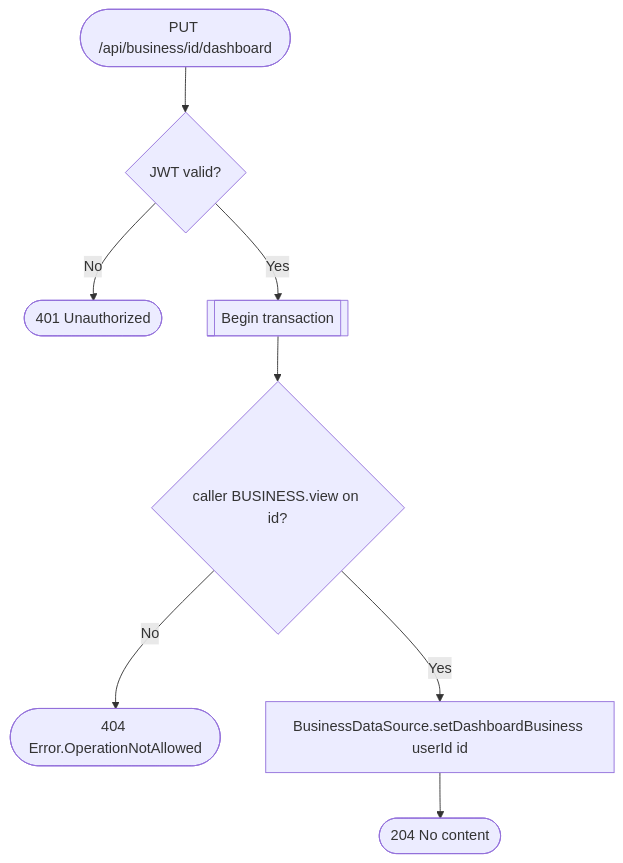
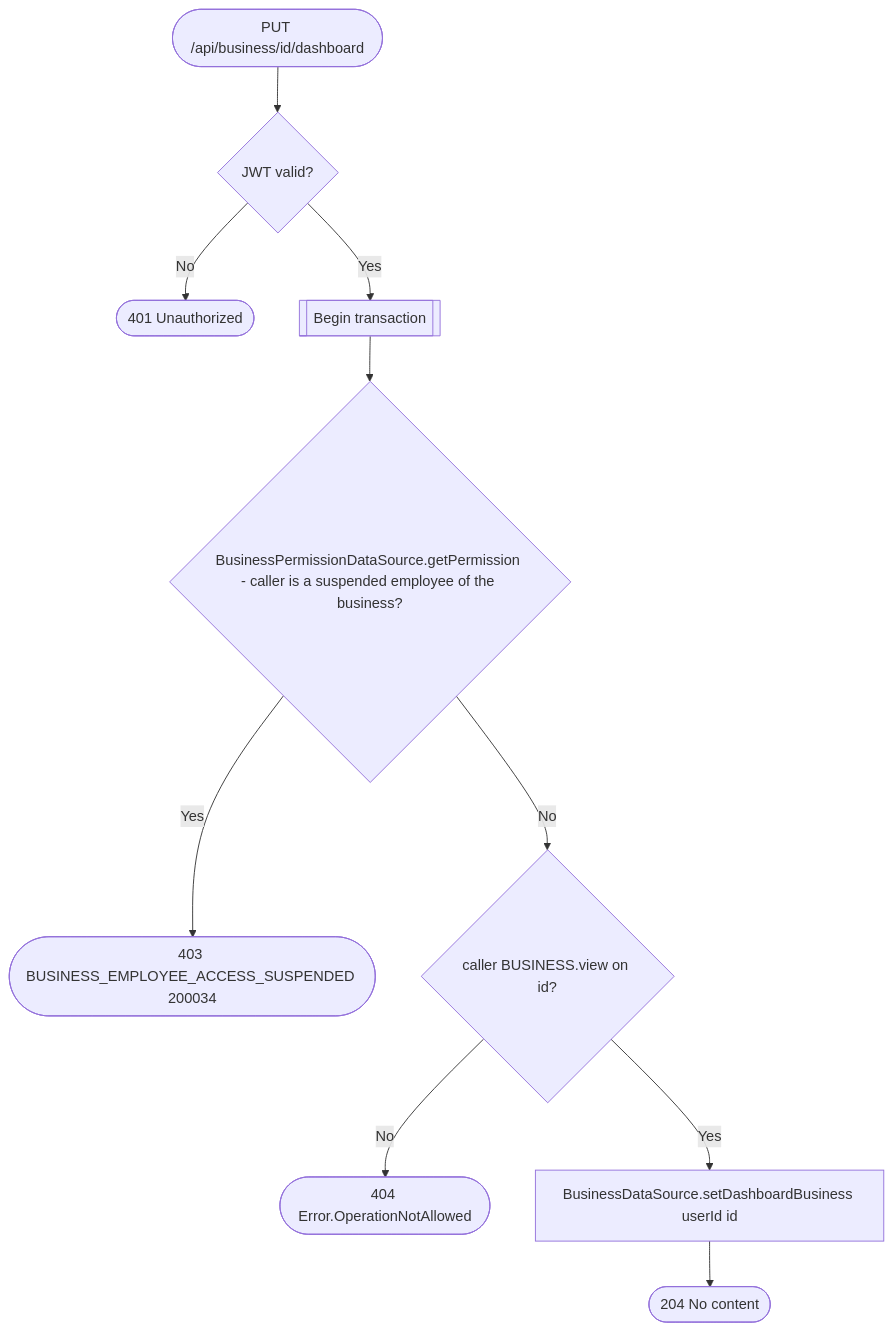
Before and after one commit to an22/bookk.me-backend: the diagram in docs/operations/business/set-dashboard-business.md, drawn with Mermaid. The commit also changed 65 other files, not shown here.

````diff
--- a/docs/operations/business/set-dashboard-business.md
+++ b/docs/operations/business/set-dashboard-business.md
@@ -5,10 +5,12 @@
 ```mermaid
 flowchart TD
     Start([PUT /api/business/id/dashboard]) --> Auth{JWT valid?}
     Auth -- No --> R401([401 Unauthorized])
     Auth -- Yes --> Tx[[Begin transaction]]
-    Tx --> Perm{caller BUSINESS.view on id?}
+    Tx --> Suspended{BusinessPermissionDataSource.getPermission - caller is a suspended employee of the business?}
+    Suspended -- Yes --> R403s([403 BUSINESS_EMPLOYEE_ACCESS_SUSPENDED 200034])
+    Suspended -- No --> Perm{caller BUSINESS.view on id?}
     Perm -- No --> R404([404 Error.OperationNotAllowed])
     Perm -- Yes --> Set[BusinessDataSource.setDashboardBusiness userId id]
     Set --> R204([204 No content])
 ```
````
